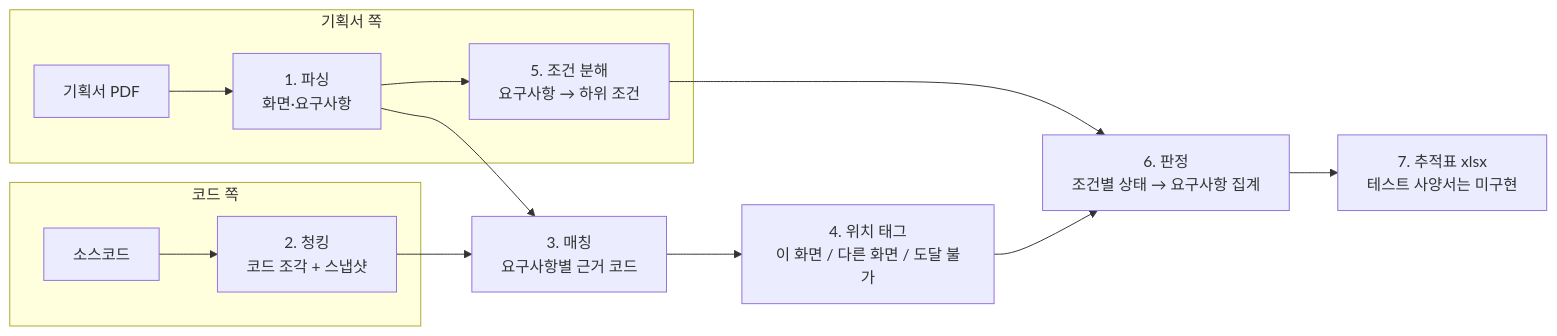
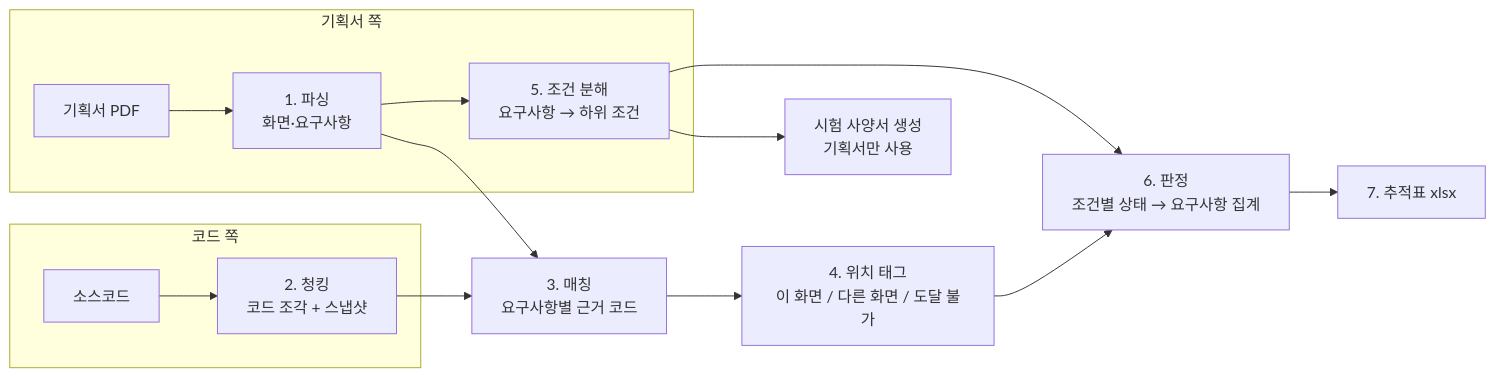
The diagram in README.md (SpecPilot-8/backend), drawn with Mermaid before and after one commit. The commit also changed other lines of this file, not shown here.

````diff
--- a/README.md
+++ b/README.md
@@ -45,16 +54,17 @@
 ```mermaid
 flowchart LR
     subgraph spec[기획서 쪽]
         A[기획서 PDF] --> B[1. 파싱<br/>화면·요구사항]
         B --> C[5. 조건 분해<br/>요구사항 → 하위 조건]
     end
     subgraph code[코드 쪽]
         D[소스코드] --> E[2. 청킹<br/>코드 조각 + 스냅샷]
     end
     B --> F[3. 매칭<br/>요구사항별 근거 코드]
     E --> F
     F --> G[4. 위치 태그<br/>이 화면 / 다른 화면 / 도달 불가]
     C --> H[6. 판정<br/>조건별 상태 → 요구사항 집계]
     G --> H
-    H --> I[7. 추적표 xlsx<br/>테스트 사양서는 미구현]
+    H --> I[7. 추적표 xlsx]
+    C --> J[시험 사양서 생성<br/>기획서만 사용]
 ```
````
